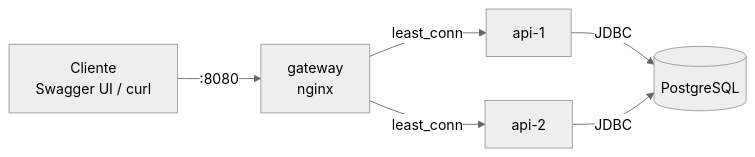
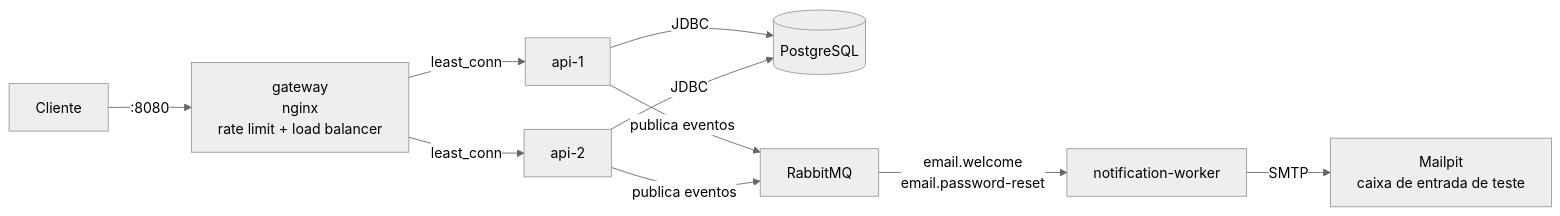
One commit to arthuurdp/distr-arch-todo-list changed the first of 5 diagrams in docs/ARQUITETURA.md. Above: the diagram before and after it, drawn with Mermaid (neutral theme). The commit also changed other lines of this file and 50 other files, not shown here.

````diff
--- a/docs/ARQUITETURA.md
+++ b/docs/ARQUITETURA.md
@@ -32,7 +30,10 @@
 ```mermaid
 flowchart LR
-    C[Cliente<br/>Swagger UI / curl] -->|:8080| G[gateway<br/>nginx]
+    C[Cliente] -->|:8080| G[gateway<br/>nginx<br/>rate limit + load balancer]
     G -->|least_conn| A1[api-1]
     G -->|least_conn| A2[api-2]
     A1 & A2 -->|JDBC| PG[(PostgreSQL)]
+    A1 & A2 -->|publica eventos| MQ[RabbitMQ]
+    MQ -->|email.welcome<br/>email.password-reset| W[notification-worker]
+    W -->|SMTP| MP[Mailpit<br/>caixa de entrada de teste]
 ```
````
